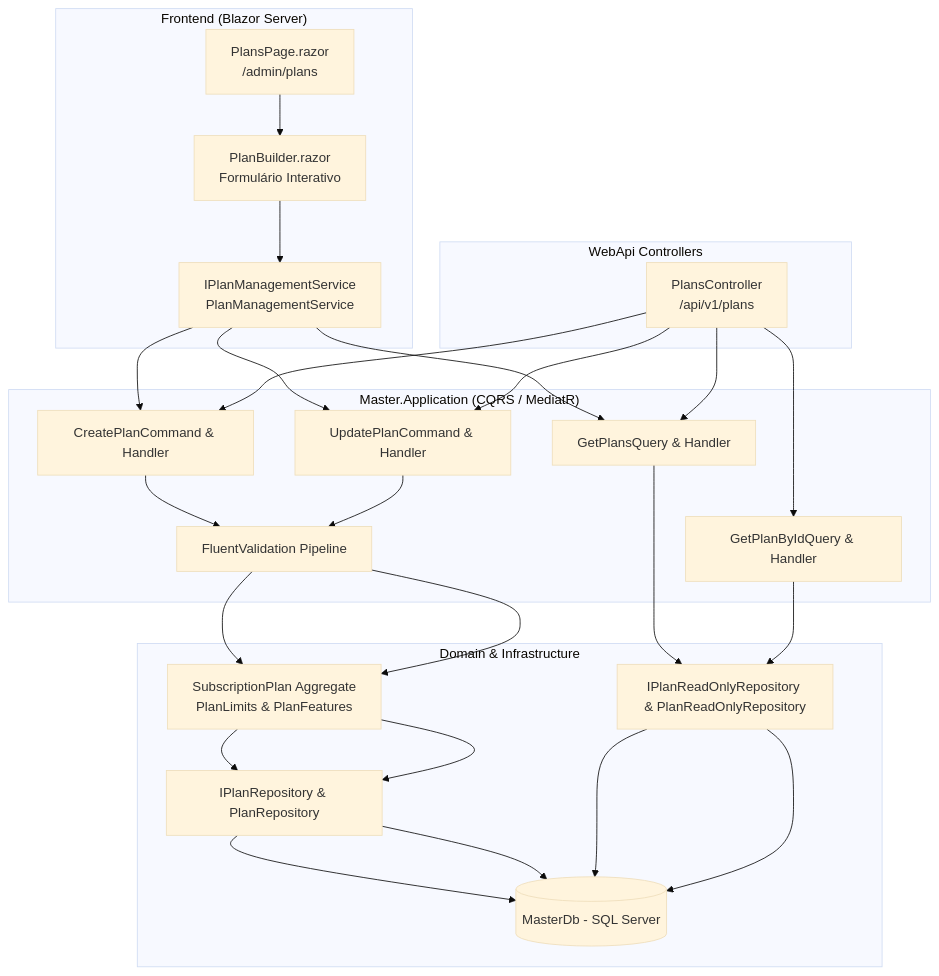
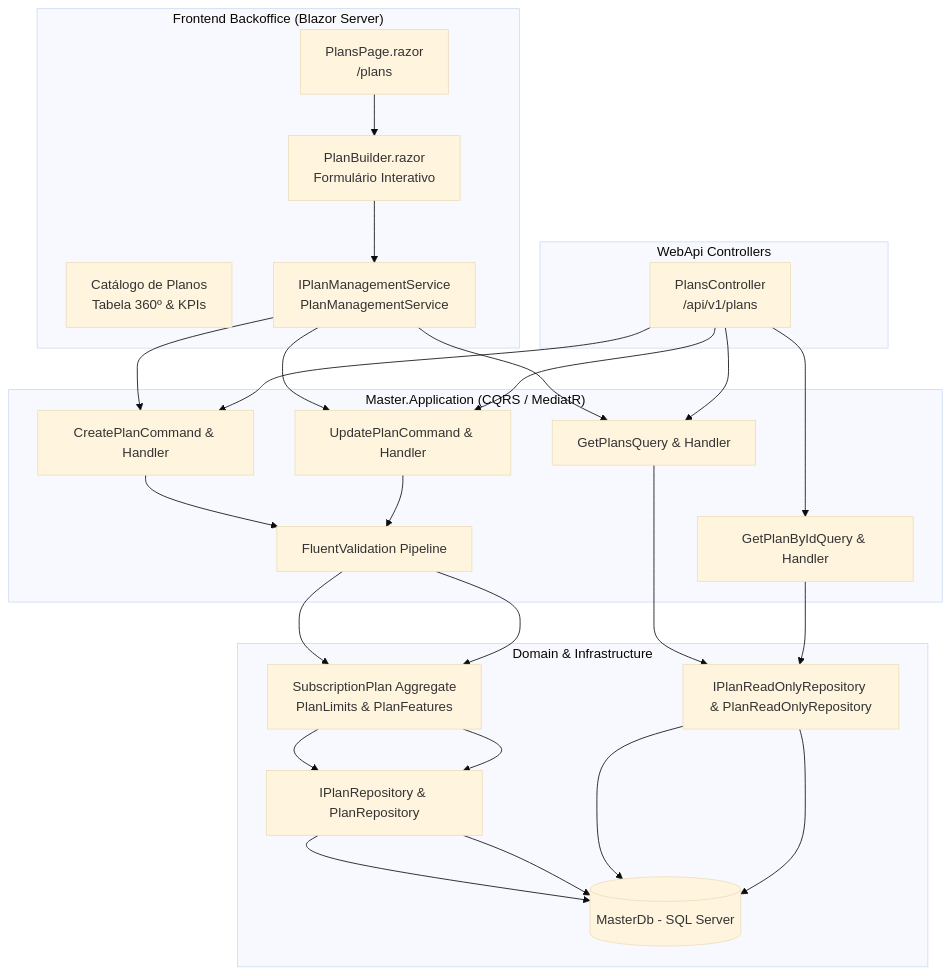
Before and after one commit to ronaldocestrela/admetricspro: the diagram in docs/modules/backoffice-plans.md, drawn with Mermaid (base theme). The commit also changed 3 other files, not shown here.

````diff
--- a/docs/modules/backoffice-plans.md
+++ b/docs/modules/backoffice-plans.md
@@ -18,41 +18,42 @@
 ```mermaid
 flowchart TD
-    subgraph UI ["Frontend (Blazor Server)"]
-        PP[PlansPage.razor<br/>/admin/plans]
+    subgraph UI ["Frontend Backoffice (Blazor Server)"]
+        PP[PlansPage.razor<br/>/plans]
         PB[PlanBuilder.razor<br/>Formulário Interativo]
+        PCAT[Catálogo de Planos<br/>Tabela 360º & KPIs]
         PS[IPlanManagementService<br/>PlanManagementService]
     end
 
     subgraph API ["WebApi Controllers"]
         PC[PlansController<br/>/api/v1/plans]
     end
 
     subgraph App ["Master.Application (CQRS / MediatR)"]
         CP[CreatePlanCommand & Handler]
         UP[UpdatePlanCommand & Handler]
         GP[GetPlansQuery & Handler]
         GBP[GetPlanByIdQuery & Handler]
         VAL[FluentValidation Pipeline]
     end
 
     subgraph Core ["Domain & Infrastructure"]
         SP[SubscriptionPlan Aggregate<br/>PlanLimits & PlanFeatures]
         PR[IPlanRepository & PlanRepository]
         PRO[IPlanReadOnlyRepository & PlanReadOnlyRepository]
         MDB[(MasterDb - SQL Server)]
     end
 
     PP --> PB
     PB --> PS
     PS --> CP
     PS --> UP
     PS --> GP
     PC --> CP
     PC --> UP
     PC --> GP
     PC --> GBP
     CP --> VAL --> SP --> PR --> MDB
     UP --> VAL --> SP --> PR --> MDB
     GP --> PRO --> MDB
     GBP --> PRO --> MDB
 ```
````
